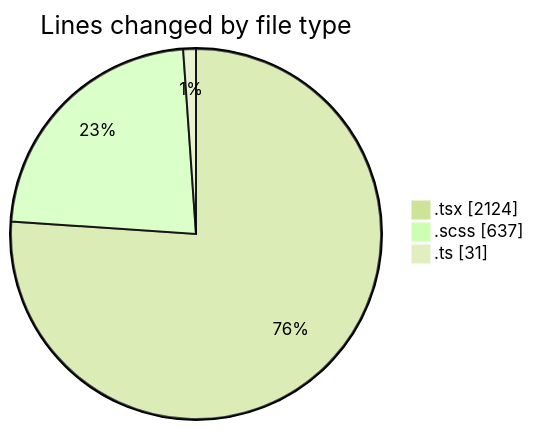
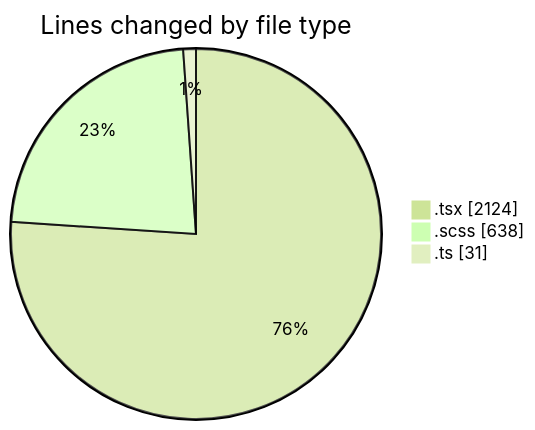
Before and after one commit to momahboobian/code-tracking: the first of 2 diagrams in 2025-04-07/cda/README.md, drawn with Mermaid (forest theme). The commit also changed other lines of this file and 1 other file, not shown here.

````diff
--- a/2025-04-07/cda/README.md
+++ b/2025-04-07/cda/README.md
@@ -30,7 +30,7 @@
 ```mermaid
 pie showData
 title Lines changed by file type
 ".tsx" : 2124
-".scss" : 637
+".scss" : 638
 ".ts" : 31
 ```
````
